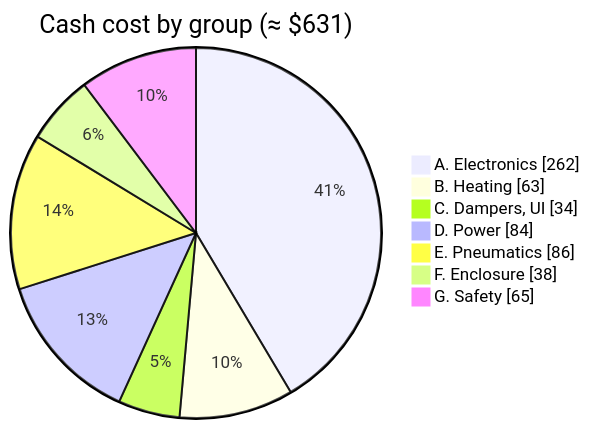
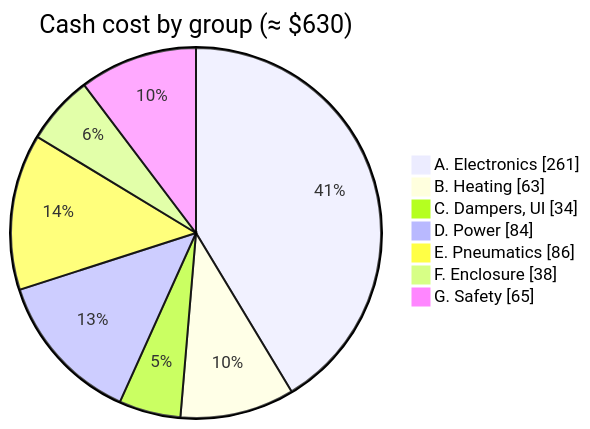
Before and after one commit to BashfulBits/3dp-fleet-exhaust: the diagram in docs/03_bill_of_materials.md, drawn with Mermaid. The commit also changed other lines of this file and 7 other files, not shown here.

````diff
--- a/docs/03_bill_of_materials.md
+++ b/docs/03_bill_of_materials.md
@@ -28,11 +28,11 @@
 ```mermaid
 pie showData
-  title Cash cost by group (≈ $631)
-  "A. Electronics" : 262
+  title Cash cost by group (≈ $630)
+  "A. Electronics" : 261
   "B. Heating" : 63
   "C. Dampers, UI" : 34
   "D. Power" : 84
   "E. Pneumatics" : 86
   "F. Enclosure" : 38
   "G. Safety" : 65
 ```
````
